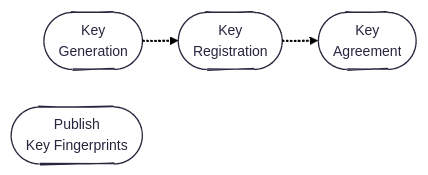
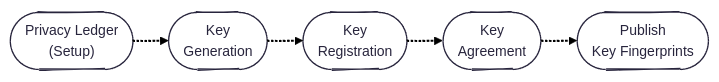
One commit to raylsnetwork/Enygma changed the diagram in enygma_payments/protocol_description.md. Above: the diagram before and after it, drawn with Mermaid.

Commit message:
Update flowchart to include Privacy Ledger setup

````diff
--- a/enygma_payments/protocol_description.md
+++ b/enygma_payments/protocol_description.md
@@ -3,15 +3,16 @@
 ```mermaid
 ---
 config:
   theme: redux
   layout: elk
   look: handDrawn
 ---
 flowchart LR
+    pl_setup(["Privacy Ledger<br>(Setup)"])
     keygen(["Key<br>Generation"])
     register(["Key<br>Registration"])
     kem(["Key<br>Agreement"])
     publish(["Publish<br>Key Fingerprints"])
 
-    keygen -.-> register -.-> kem
+    pl_setup -.-> keygen -.-> register -.-> kem -.-> publish
 ```
````
